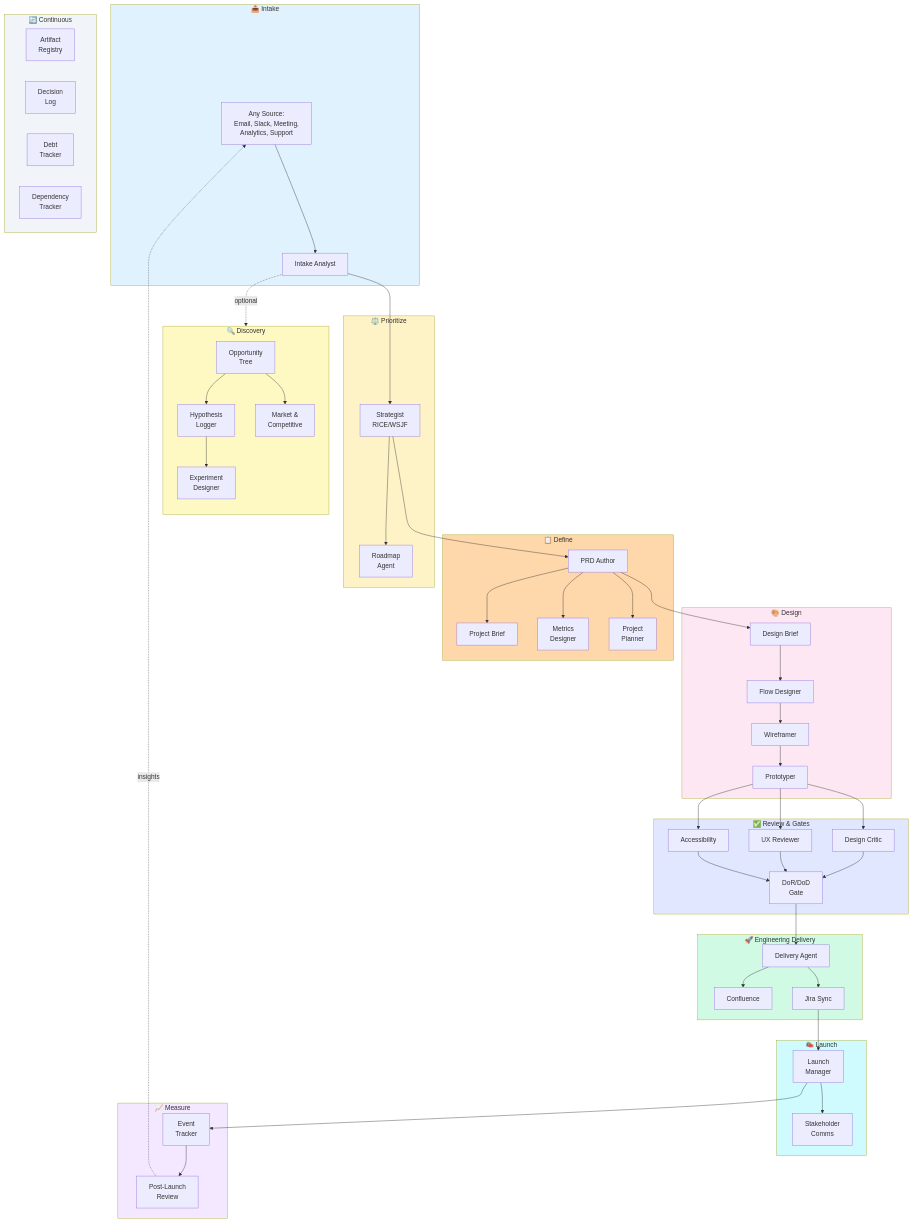
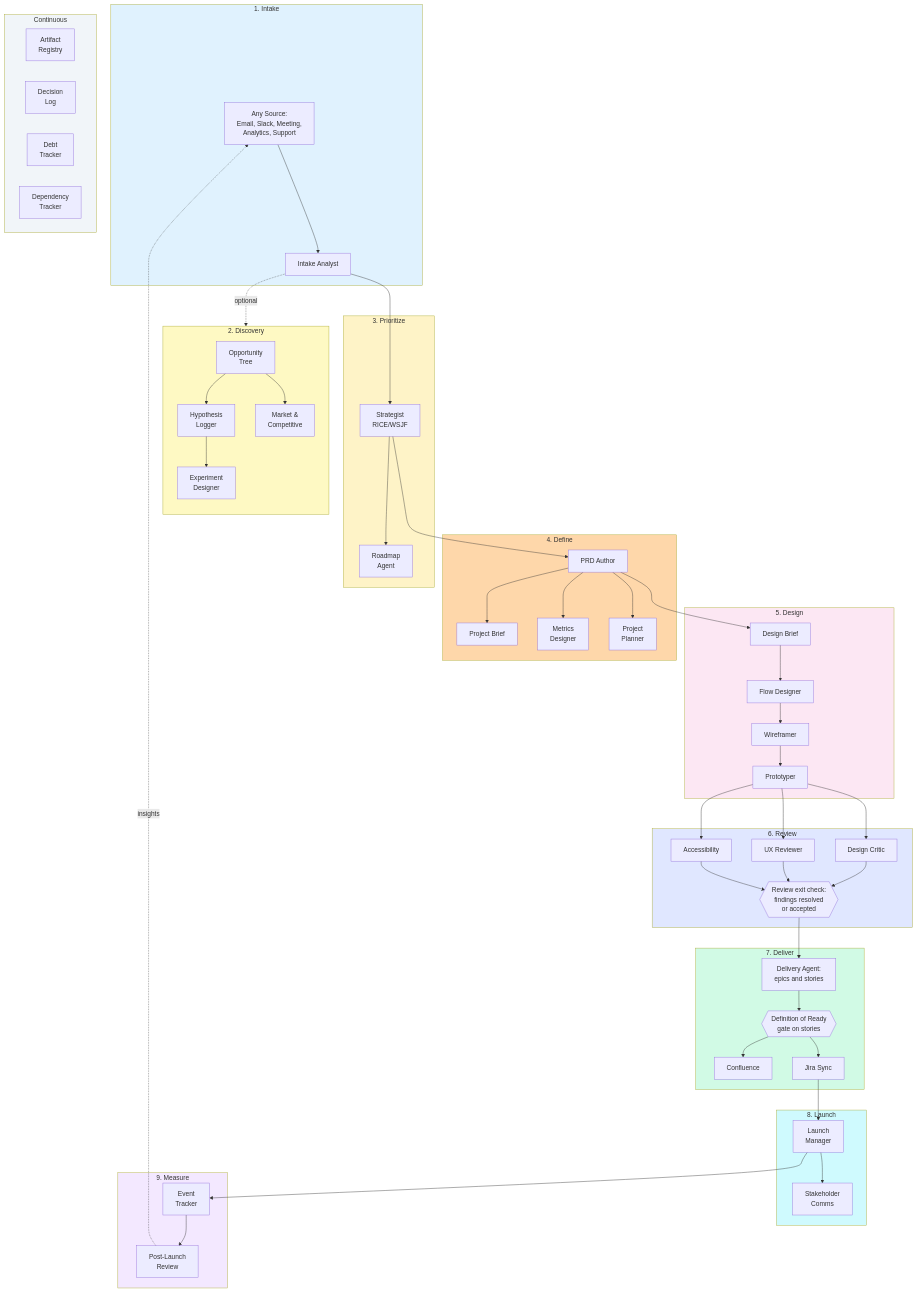
The first of 2 diagrams in README.md (johnedelatorre/product-os), drawn with Mermaid before and after one commit. The commit also changed other lines of this file and 133 other files, not shown here.

````diff
--- a/README.md
+++ b/README.md
@@ -104,12 +311,12 @@
 ```mermaid
 flowchart TD
-    subgraph INTAKE["📥 Intake"]
+    subgraph INTAKE["1. Intake"]
         ANY[Any Source:<br/>Email, Slack, Meeting,<br/>Analytics, Support]
         TRIAGE[Intake Analyst]
         ANY --> TRIAGE
     end
 
-    subgraph DISCOVERY["🔍 Discovery"]
+    subgraph DISCOVERY["2. Discovery"]
         direction TB
         OPP[Opportunity<br/>Tree]
         HYP[Hypothesis<br/>Logger]
@@ -121,14 +328,14 @@
         HYP --> EXP
     end
 
-    subgraph PRIORITIZE["⚖️ Prioritize"]
+    subgraph PRIORITIZE["3. Prioritize"]
         STRAT[Strategist<br/>RICE/WSJF]
         ROAD[Roadmap<br/>Agent]
         TRIAGE --> STRAT
         STRAT --> ROAD
     end
 
-    subgraph DEFINE["📋 Define"]
+    subgraph DEFINE["4. Define"]
         PRD[PRD Author]
         BRIEF[Project Brief]
         METRICS[Metrics<br/>Designer]
@@ -139,7 +346,7 @@
         PRD --> PLAN
     end
 
-    subgraph DESIGN["🎨 Design"]
+    subgraph DESIGN["5. Design"]
         DBRF[Design Brief]
         FLOWS[Flow Designer]
         WIRE[Wireframer]
@@ -150,36 +357,38 @@
         WIRE --> PROTO
     end
 
-    subgraph REVIEW["✅ Review & Gates"]
+    subgraph REVIEW["6. Review"]
         CRIT[Design Critic]
         UX[UX Reviewer]
         A11Y[Accessibility]
-        GATE[DoR/DoD<br/>Gate]
+        EXIT{{Review exit check:<br/>findings resolved<br/>or accepted}}
         PROTO --> CRIT
         PROTO --> UX
         PROTO --> A11Y
-        CRIT --> GATE
-        UX --> GATE
-        A11Y --> GATE
+        CRIT --> EXIT
+        UX --> EXIT
+        A11Y --> EXIT
     end
 
-    subgraph DELIVER["🚀 Engineering Delivery"]
-        EPIC[Delivery Agent]
+    subgraph DELIVER["7. Deliver"]
+        EPIC[Delivery Agent:<br/>epics and stories]
+        DOR{{Definition of Ready<br/>gate on stories}}
         CONF[Confluence]
         JIRA[Jira Sync]
-        GATE --> EPIC
-        EPIC --> CONF
-        EPIC --> JIRA
+        EXIT --> EPIC
+        EPIC --> DOR
+        DOR --> CONF
+        DOR --> JIRA
     end
 
-    subgraph LAUNCH["📣 Launch"]
+    subgraph LAUNCH["8. Launch"]
         GTM[Launch<br/>Manager]
         COMMS[Stakeholder<br/>Comms]
         JIRA --> GTM
         GTM --> COMMS
     end
 
-    subgraph MEASURE["📈 Measure"]
+    subgraph MEASURE["9. Measure"]
         TRACK[Event<br/>Tracker]
         REVIEW_L[Post-Launch<br/>Review]
         GTM --> TRACK
@@ -187,7 +396,7 @@
         REVIEW_L -.->|insights| ANY
     end
 
-    subgraph CONTINUOUS["🔄 Continuous"]
+    subgraph CONTINUOUS["Continuous"]
         direction LR
         ARTIFACT[Artifact<br/>Registry]
         DECISION[Decision<br/>Log]
````
